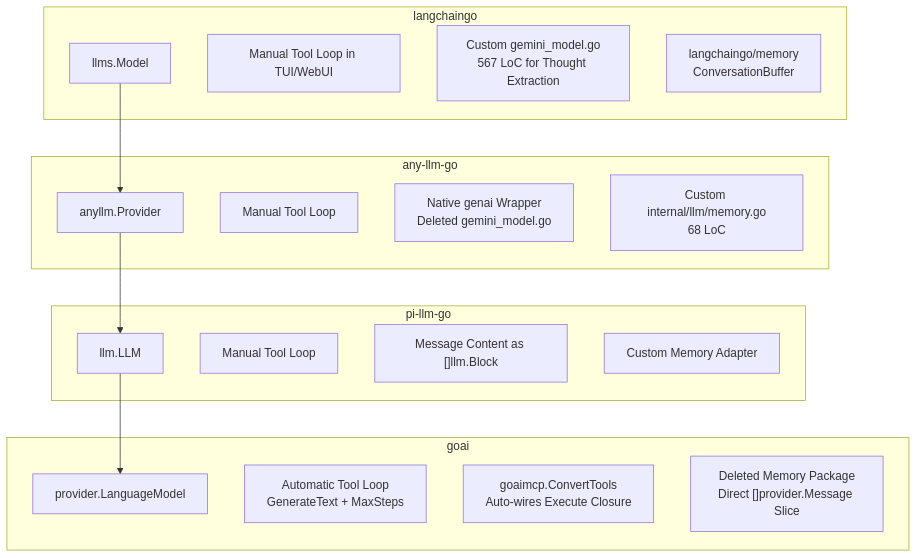
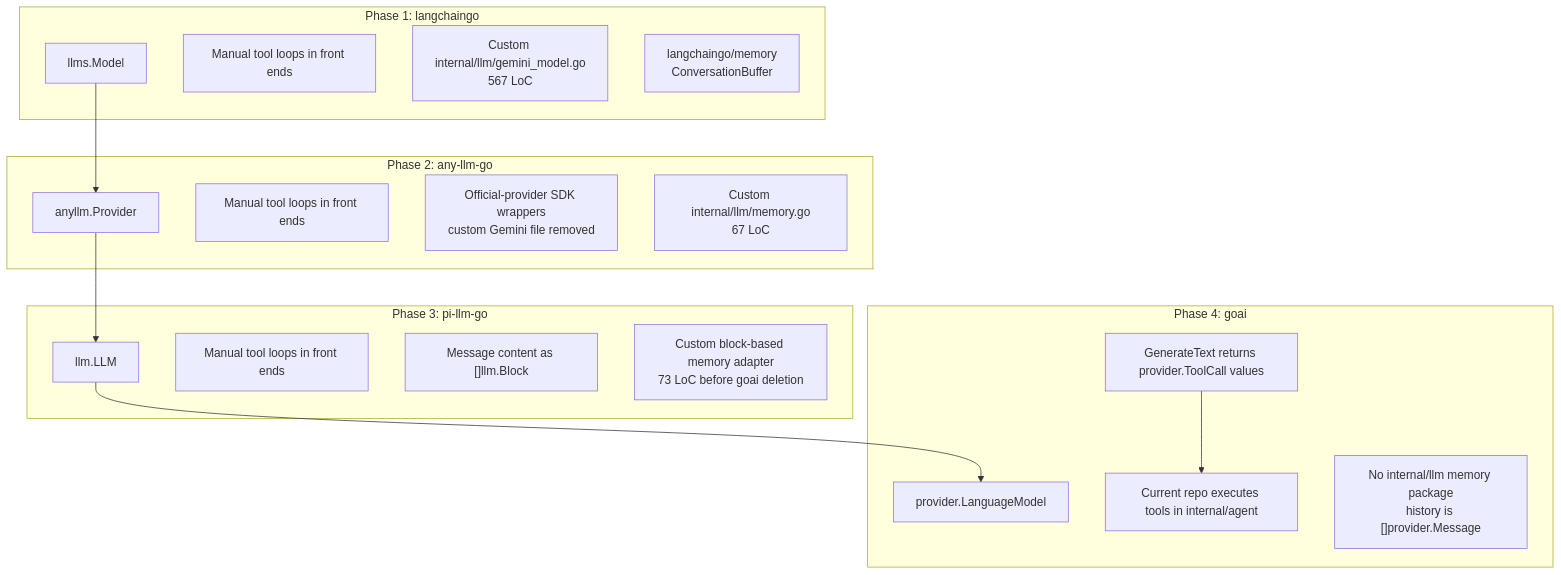
One commit to mdfranz/elastic-security-mcp changed the diagram in docs/PROVIDER-COMPARISON.md. Above: the diagram before and after it, drawn with Mermaid. The commit also changed other lines of this file, not shown here.

````diff
--- a/docs/PROVIDER-COMPARISON.md
+++ b/docs/PROVIDER-COMPARISON.md
@@ -11,34 +18,35 @@
 ```mermaid
 graph TD
-    subgraph Phase 1: Heavy Framework [langchaingo]
-        L_Model[llms.Model]
-        L_Loop[Manual Tool Loop in TUI/WebUI]
-        L_Gemini[Custom gemini_model.go\n567 LoC for Thought Extraction]
-        L_Mem[langchaingo/memory\nConversationBuffer]
+    subgraph Phase1["Phase 1: langchaingo"]
+        L_Model["llms.Model"]
+        L_Loop["Manual tool loops in front ends"]
+        L_Gemini["Custom internal/llm/gemini_model.go\n567 LoC"]
+        L_Mem["langchaingo/memory\nConversationBuffer"]
     end
 
-    subgraph Phase 2: Lightweight Wrapper [any-llm-go]
-        A_Model[anyllm.Provider]
-        A_Loop[Manual Tool Loop]
-        A_Gemini[Native genai Wrapper\nDeleted gemini_model.go]
-        A_Mem[Custom internal/llm/memory.go\n68 LoC]
+    subgraph Phase2["Phase 2: any-llm-go"]
+        A_Model["anyllm.Provider"]
+        A_Loop["Manual tool loops in front ends"]
+        A_Gemini["Official-provider SDK wrappers\ncustom Gemini file removed"]
+        A_Mem["Custom internal/llm/memory.go\n67 LoC"]
     end
 
-    subgraph Phase 3: Minimal & Block-Based [pi-llm-go]
-        P_Model[llm.LLM]
-        P_Loop[Manual Tool Loop]
-        P_Block["Message Content as []llm.Block"]
-        P_Mem[Custom Memory Adapter]
+    subgraph Phase3["Phase 3: pi-llm-go"]
+        P_Model["llm.LLM"]
+        P_Loop["Manual tool loops in front ends"]
+        P_Block["Message content as []llm.Block"]
+        P_Mem["Custom block-based memory adapter\n73 LoC before goai deletion"]
     end
 
-    subgraph Phase 4: Automatic & Streamlined [goai]
-        G_Model[provider.LanguageModel]
-        G_Loop[Automatic Tool Loop\nGenerateText + MaxSteps]
-        G_MCP[goaimcp.ConvertTools\nAuto-wires Execute Closure]
-        G_Mem["Deleted Memory Package\nDirect []provider.Message Slice"]
+    subgraph Phase4["Phase 4: goai"]
+        G_Model["provider.LanguageModel"]
+        G_Loop["GenerateText returns provider.ToolCall values"]
+        G_Agent["Current repo executes tools in internal/agent"]
+        G_Mem["No internal/llm memory package\nhistory is []provider.Message"]
     end
 
     L_Model --> A_Model
     A_Model --> P_Model
     P_Model --> G_Model
+    G_Loop --> G_Agent
 ```
````
